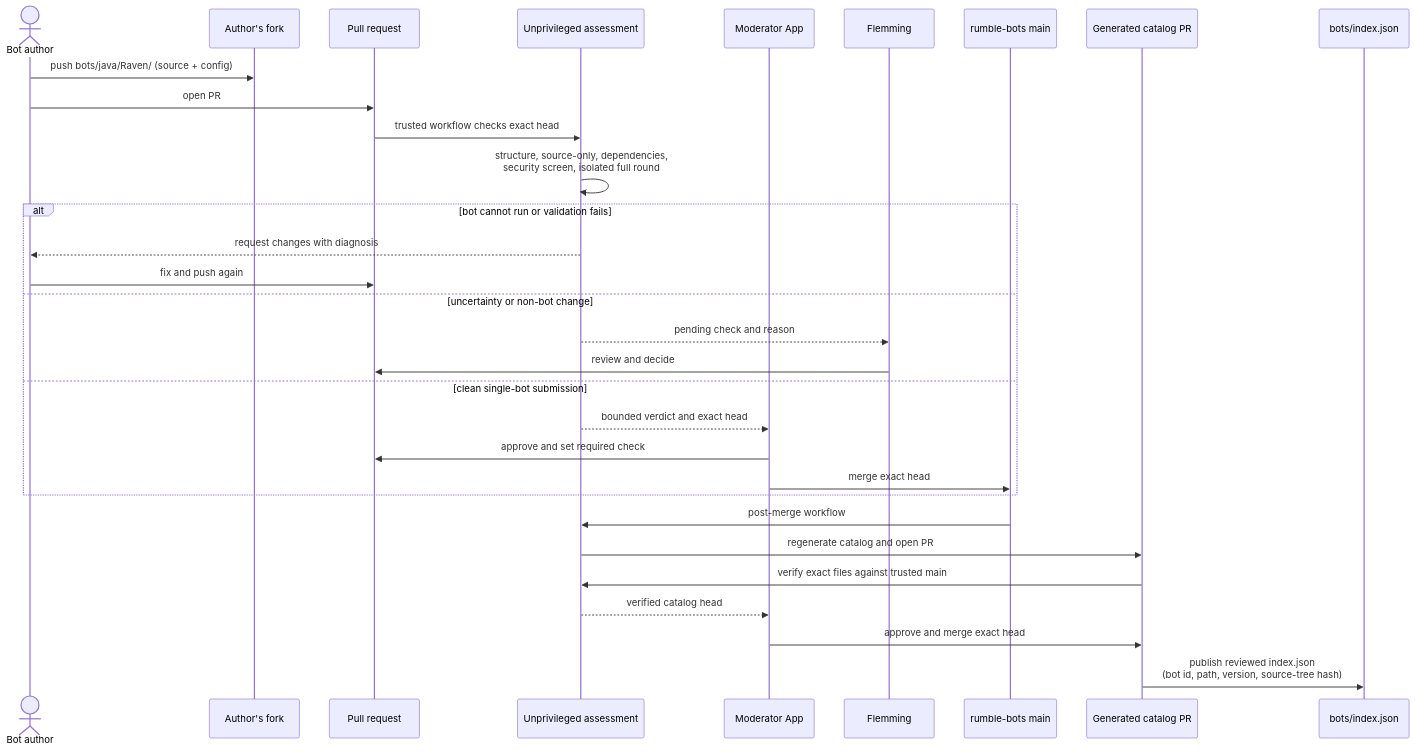
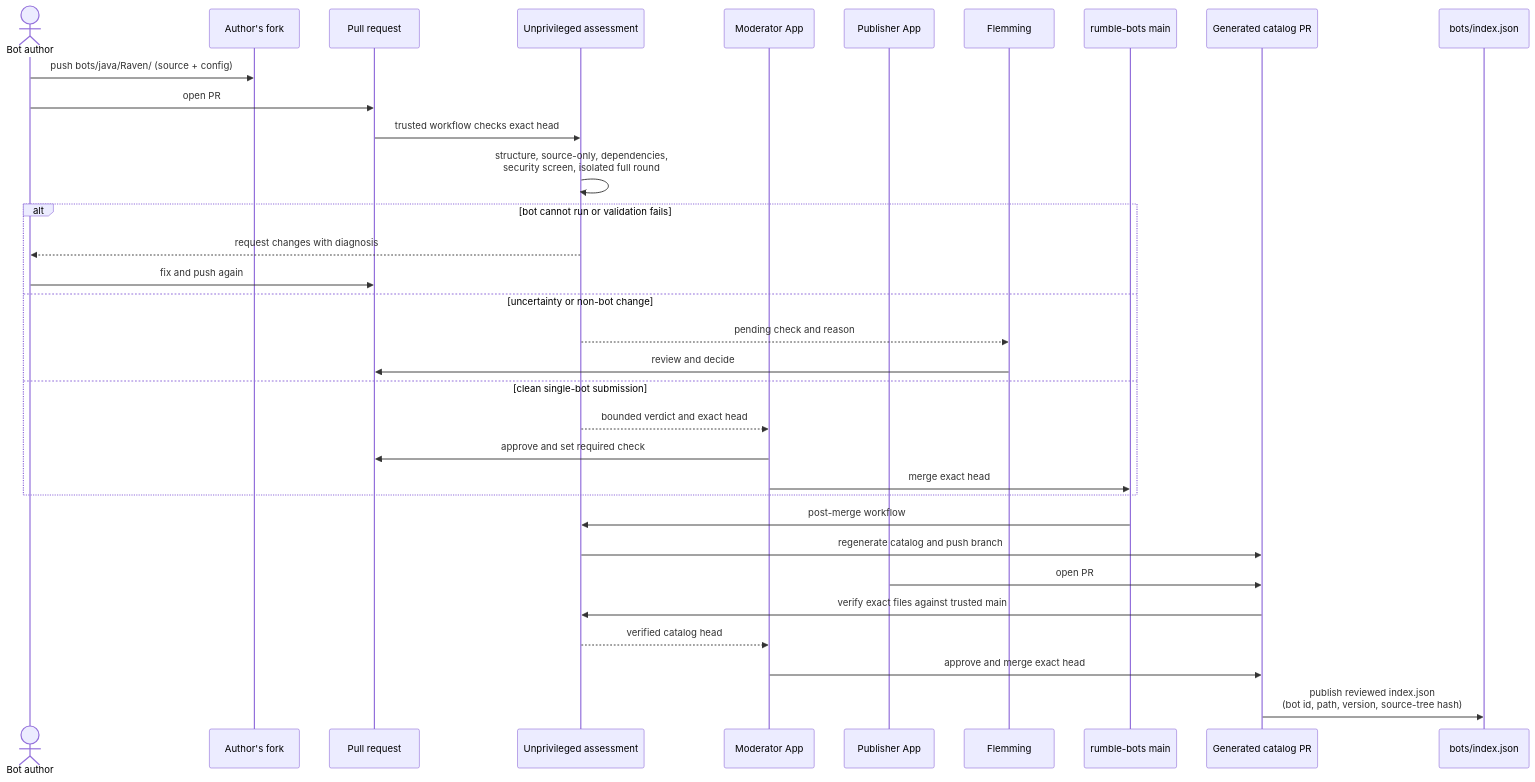
Before and after one commit to robocode-dev/tank-royale: the first of 2 diagrams in docs/design/rumble/bot-submission.md, drawn with Mermaid. The commit also changed 3 other files, not shown here.

Commit message:
Record publisher App for protected catalog PRs

````diff
--- a/docs/design/rumble/bot-submission.md
+++ b/docs/design/rumble/bot-submission.md
@@ -43,34 +43,36 @@
 ```mermaid
 sequenceDiagram
     actor Author as Bot author
     participant Fork as Author's fork
     participant PR as Pull request
     participant CI as Unprivileged assessment
     participant App as Moderator App
+    participant Publisher as Publisher App
     participant Mod as Flemming
     participant Main as rumble-bots main
     participant CatalogPR as Generated catalog PR
     participant Index as bots/index.json
 
     Author->>Fork: push bots/java/Raven/ (source + config)
     Author->>PR: open PR
     PR->>CI: trusted workflow checks exact head
     CI->>CI: structure, source-only, dependencies,<br/>security screen, isolated full round
     alt bot cannot run or validation fails
         CI-->>Author: request changes with diagnosis
         Author->>PR: fix and push again
     else uncertainty or non-bot change
         CI-->>Mod: pending check and reason
         Mod->>PR: review and decide
     else clean single-bot submission
         CI-->>App: bounded verdict and exact head
         App->>PR: approve and set required check
         App->>Main: merge exact head
     end
     Main->>CI: post-merge workflow
-    CI->>CatalogPR: regenerate catalog and open PR
+    CI->>CatalogPR: regenerate catalog and push branch
+    Publisher->>CatalogPR: open PR
     CatalogPR->>CI: verify exact files against trusted main
     CI-->>App: verified catalog head
     App->>CatalogPR: approve and merge exact head
     CatalogPR->>Index: publish reviewed index.json<br/>(bot id, path, version, source-tree hash)
 ```
````
